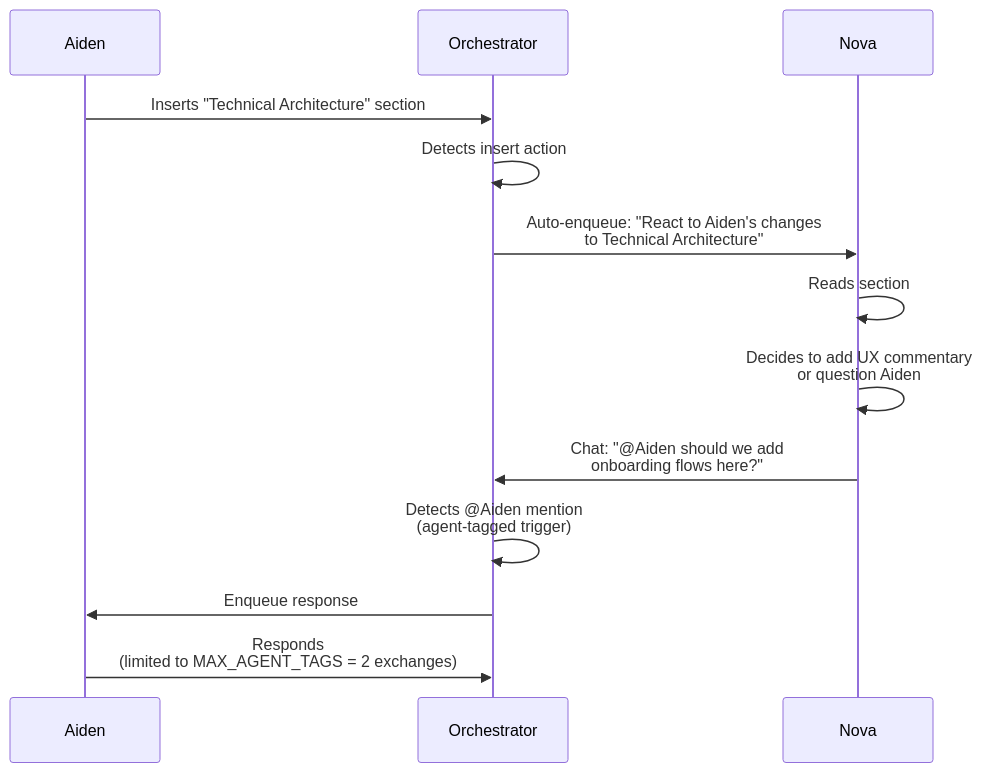
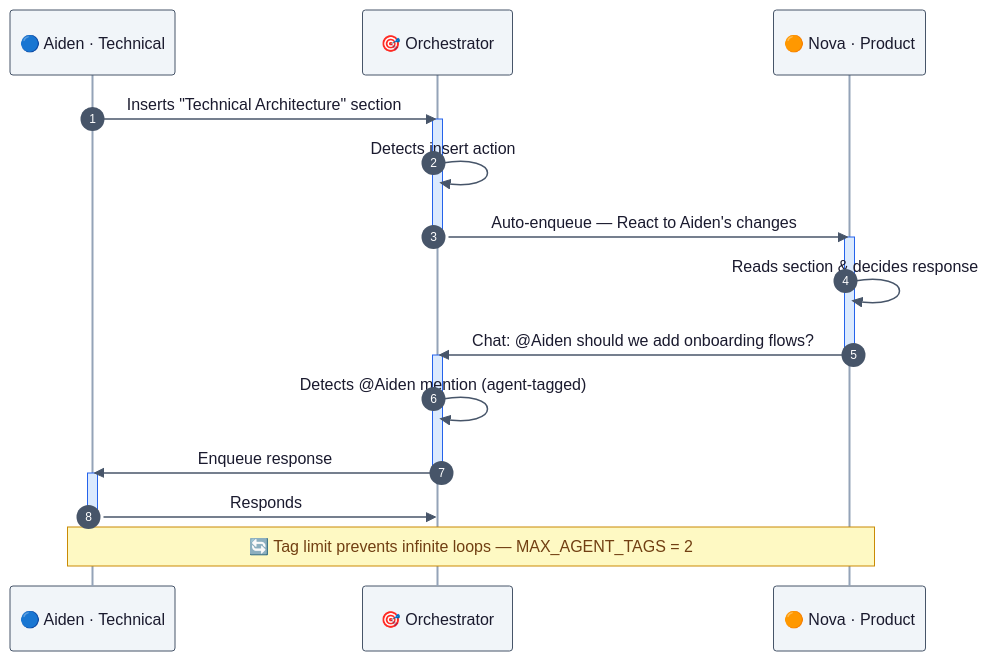
Before and after one commit to n3wth/collab: the diagram in docs/diagrams/agent-to-agent-collaboration.mmd, drawn with Mermaid. The commit also changed 5 other files, not shown here.

Commit message:
Beautify Mermaid diagrams with custom themes, colors, emojis, and activations

```diff
--- a/docs/diagrams/agent-to-agent-collaboration.mmd
+++ b/docs/diagrams/agent-to-agent-collaboration.mmd
@@ -1,14 +1,29 @@
+%%{init: {'theme': 'base', 'themeVariables': { 'actorBkg': '#f1f5f9', 'actorBorder': '#475569', 'actorTextColor': '#1a1a2e', 'actorLineColor': '#94a3b8', 'signalColor': '#475569', 'signalTextColor': '#1a1a2e', 'noteBkgColor': '#fef9c3', 'noteBorderColor': '#ca8a04', 'noteTextColor': '#713f12', 'activationBkgColor': '#dbeafe', 'activationBorderColor': '#2563eb', 'sequenceNumberColor': '#ffffff' }}}%%
 sequenceDiagram
-    participant Aiden
-    participant Orchestrator
-    participant Nova
+    autonumber
 
-    Aiden->>Orchestrator: Inserts "Technical Architecture" section
-    Orchestrator->>Orchestrator: Detects insert action
-    Orchestrator->>Nova: Auto-enqueue: "React to Aiden's changes<br/>to Technical Architecture"
-    Nova->>Nova: Reads section
-    Nova->>Nova: Decides to add UX commentary<br/>or question Aiden
-    Nova->>Orchestrator: Chat: "@Aiden should we add<br/>onboarding flows here?"
-    Orchestrator->>Orchestrator: Detects @Aiden mention<br/>(agent-tagged trigger)
-    Orchestrator->>Aiden: Enqueue response
-    Aiden->>Orchestrator: Responds<br/>(limited to MAX_AGENT_TAGS = 2 exchanges)
+    participant A as 🔵 Aiden · Technical
+    participant O as 🎯 Orchestrator
+    participant N as 🟠 Nova · Product
+
+    A->>O: Inserts "Technical Architecture" section
+    activate O
+    O->>O: Detects insert action
+    O->>N: Auto-enqueue — React to Aiden's changes
+    deactivate O
+
+    activate N
+    N->>N: Reads section & decides response
+    N->>O: Chat: @Aiden should we add onboarding flows?
+    deactivate N
+
+    activate O
+    O->>O: Detects @Aiden mention (agent-tagged)
+    O->>A: Enqueue response
+    deactivate O
+
+    activate A
+    A->>O: Responds
+    deactivate A
+
+    Note over A,N: 🔄 Tag limit prevents infinite loops — MAX_AGENT_TAGS = 2
```
